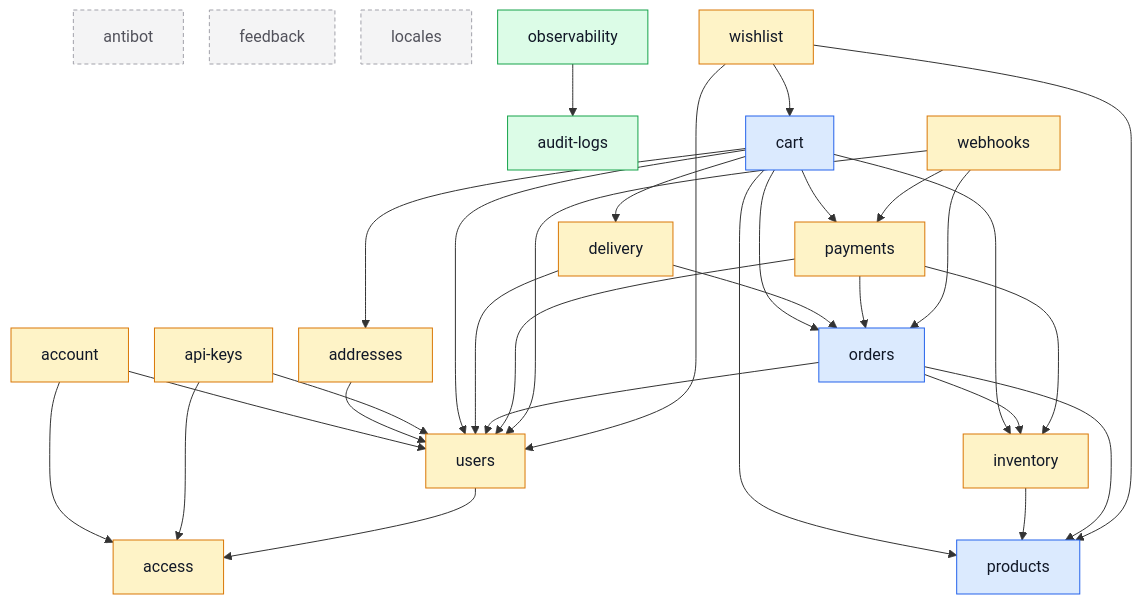
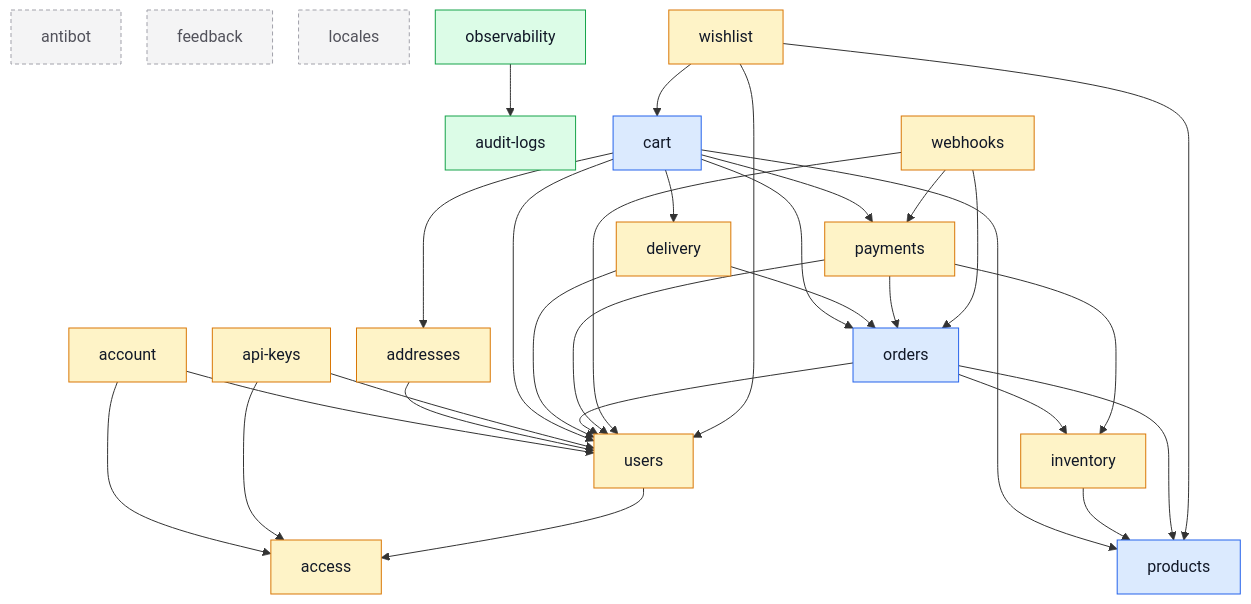
Before and after one commit to Guebbit/boilerplate-node-backend: the diagram in docs/modules/index.md, drawn with Mermaid. The commit also changed other lines of this file and 6 other files, not shown here.

````diff
--- a/docs/modules/index.md
+++ b/docs/modules/index.md
@@ -40,61 +40,60 @@
 ```mermaid
 %%{init: {'flowchart': {'nodeSpacing': 26, 'rankSpacing': 52}}}%%
 flowchart TD
     access
     account
     addresses
     antibot
     api_keys["api-keys"]
     audit_logs["audit-logs"]
     cart
     delivery
     feedback
     inventory
     locales
     observability
     orders
     payments
     products
     users
     webhooks
     wishlist
 
     account --> access
     account --> users
     addresses --> users
     api_keys --> access
     api_keys --> users
     cart --> addresses
     cart --> delivery
-    cart --> inventory
     cart --> orders
     cart --> payments
     cart --> products
     cart --> users
     delivery --> orders
     delivery --> users
     inventory --> products
     observability --> audit_logs
     orders --> inventory
     orders --> products
     orders --> users
     payments --> inventory
     payments --> orders
     payments --> users
     users --> access
     webhooks --> orders
     webhooks --> payments
     webhooks --> users
     wishlist --> cart
     wishlist --> products
     wishlist --> users
 
     classDef core fill:#dbeafe,stroke:#2563eb,color:#111827;
     classDef supporting fill:#fef3c7,stroke:#d97706,color:#111827;
     classDef generic fill:#dcfce7,stroke:#16a34a,color:#111827;
     classDef isolated fill:#f4f4f5,stroke:#a1a1aa,color:#52525b,stroke-dasharray:4 3;
     class cart,orders,products core;
     class access,account,addresses,api_keys,delivery,inventory,payments,users,webhooks,wishlist supporting;
     class audit_logs,observability generic;
     class antibot,feedback,locales isolated;
 ```
````
